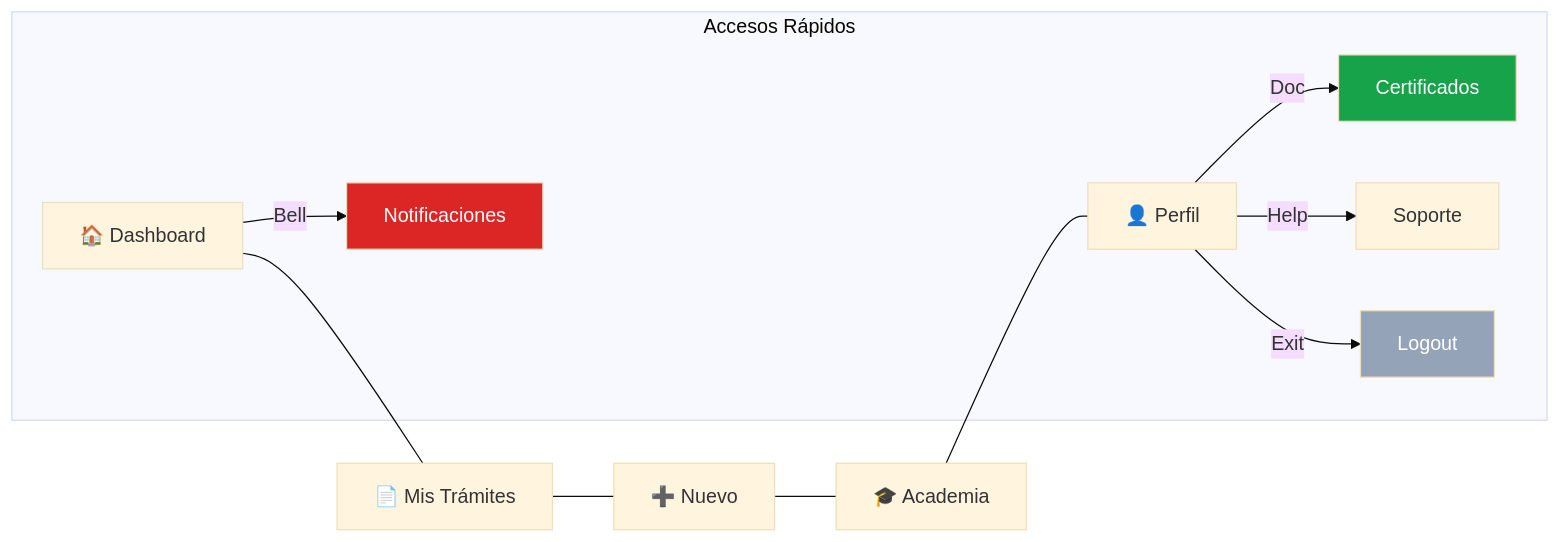
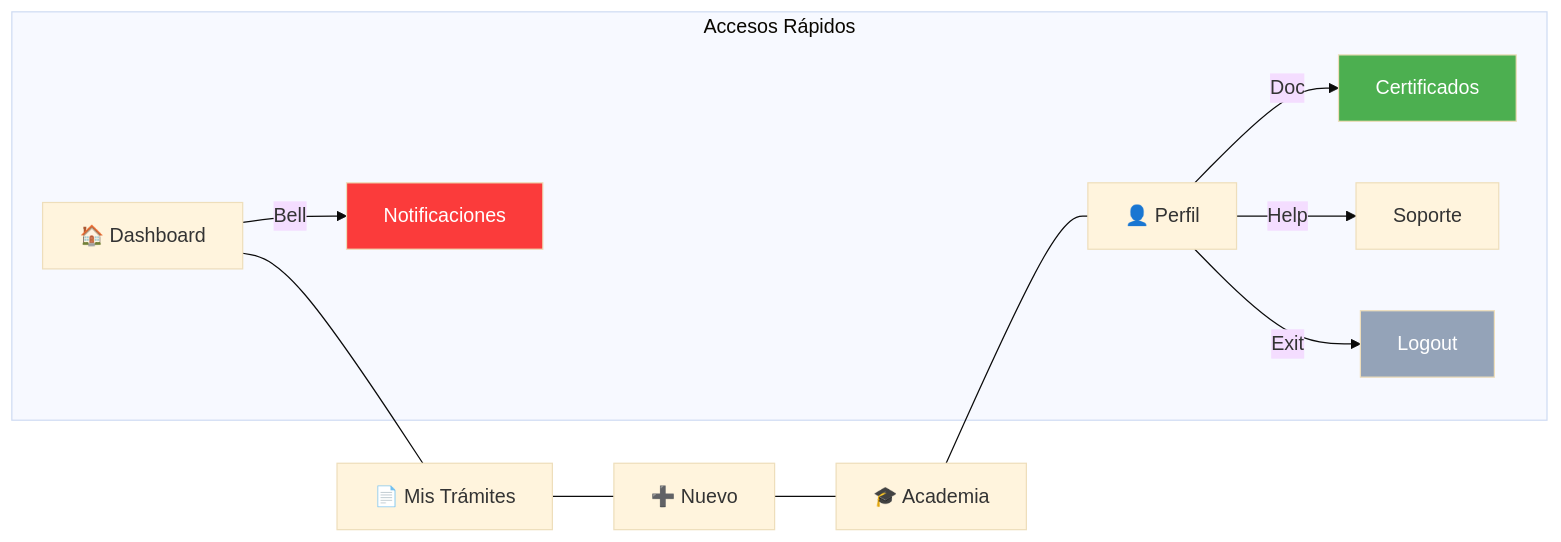
Before and after one commit to Fernandodesign96/mi-inapi-app: the eighth of 8 diagrams in docs/FLOW_DIAGRAMS.md, drawn with Mermaid (base theme). The commit also changed other lines of this file and 21 other files, not shown here.

````diff
--- a/docs/FLOW_DIAGRAMS.md
+++ b/docs/FLOW_DIAGRAMS.md
@@ -256,18 +258,18 @@
 ```mermaid
 flowchart LR
     A[🏠 Dashboard] --- B[📄 Mis Trámites]
     B --- C[➕ Nuevo]
     C --- D[🎓 Academia]
     D --- E[👤 Perfil]
 
     subgraph Rutas_Criticas [Accesos Rápidos]
         A -->|Bell| F[Notificaciones]
         E -->|Doc| G[Certificados]
         E -->|Help| H[Soporte]
         E -->|Exit| I[Logout]
     end
 
-    style F fill:#DC2626,color:#fff
-    style G fill:#16A34A,color:#fff
+    style F fill:#FB3B3B,color:#fff
+    style G fill:#4CAF50,color:#fff
     style I fill:#94A3B8,color:#fff
 ```
````
